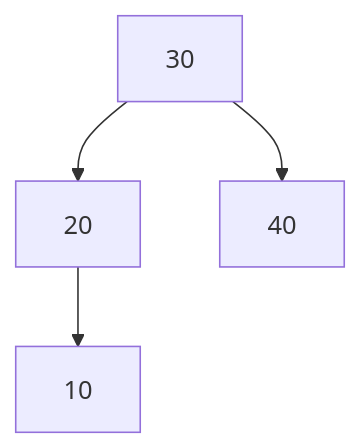
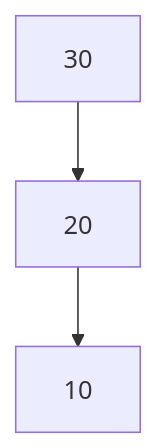
Before and after one commit to djaimej/computer-science-template: the first of 3 diagrams in public/documents/semester-2/2/22123.md, drawn with Mermaid. The commit also changed other lines of this file and 44 other files, not shown here.

````diff
--- a/public/documents/semester-2/2/22123.md
+++ b/public/documents/semester-2/2/22123.md
@@ -97,6 +99,5 @@
 ```mermaid
 graph TD
     A[30] --> B[20]
-    A --> C[40]
     B --> D[10]
 ```
````
